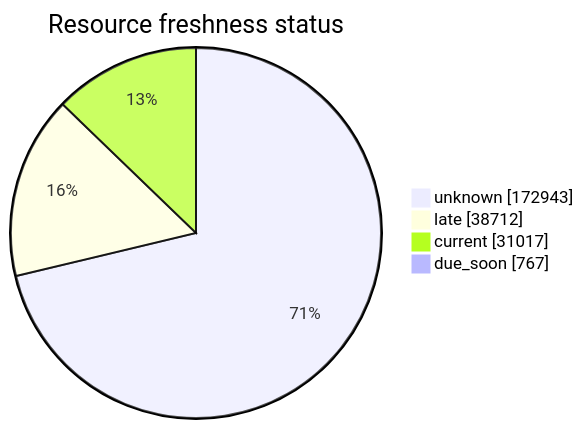
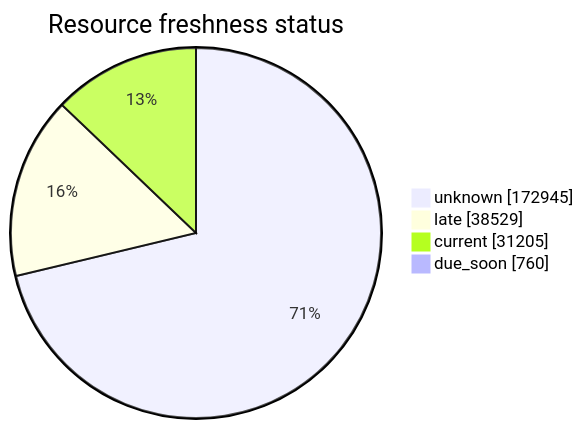
One commit to open-data/analytics-corporate-reporting changed the third of 5 diagrams in FreshCheck/README.md. Above: the diagram before and after it, drawn with Mermaid. The commit also changed other lines of this file and 3 other files, not shown here.

````diff
--- a/FreshCheck/README.md
+++ b/FreshCheck/README.md
@@ -77,7 +77,7 @@
 ```mermaid
 pie showData title Resource freshness status
-    "unknown": 172943
-    "late": 38712
-    "current": 31017
-    "due_soon": 767
+    "unknown": 172945
+    "late": 38529
+    "current": 31205
+    "due_soon": 760
 ```
````
